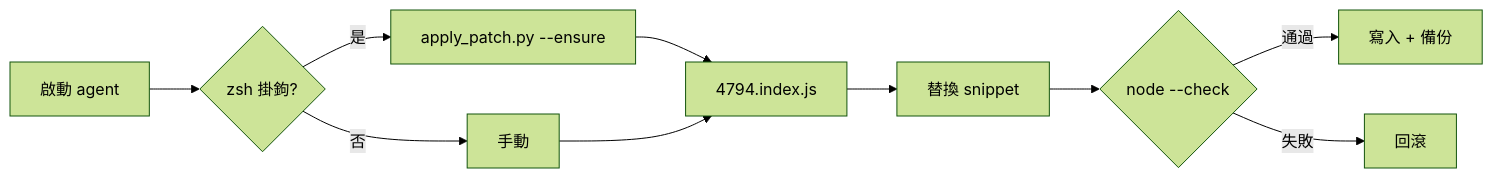
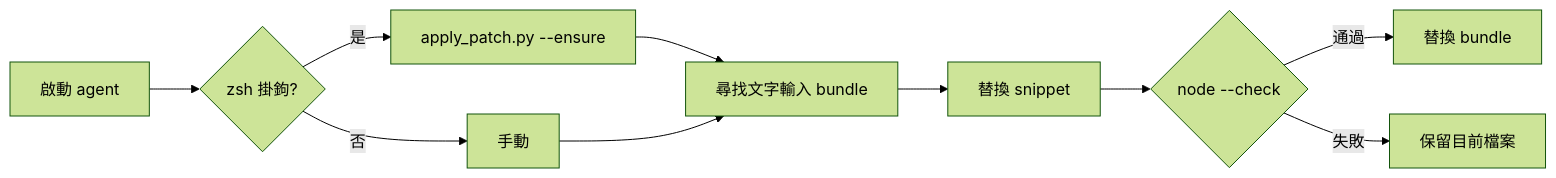
The diagram in README.zh-TW.md (vzts/cursor-cli-input-patch), drawn with Mermaid (forest theme) before and after one commit. The commit also changed other lines of this file and 6 other files, not shown here.

````diff
--- a/README.zh-TW.md
+++ b/README.zh-TW.md
@@ -156,12 +156,12 @@
 ```mermaid
 flowchart LR
   A[啟動 agent] --> B{zsh 掛鉤?}
   B -->|是| C[apply_patch.py --ensure]
   B -->|否| D[手動]
-  C --> E[4794.index.js]
+  C --> E[尋找文字輸入 bundle]
   D --> E
   E --> F[替換 snippet]
   F --> G{node --check}
-  G -->|通過| H[寫入 + 備份]
-  G -->|失敗| I[回滾]
+  G -->|通過| H[替換 bundle]
+  G -->|失敗| I[保留目前檔案]
 ```
````
